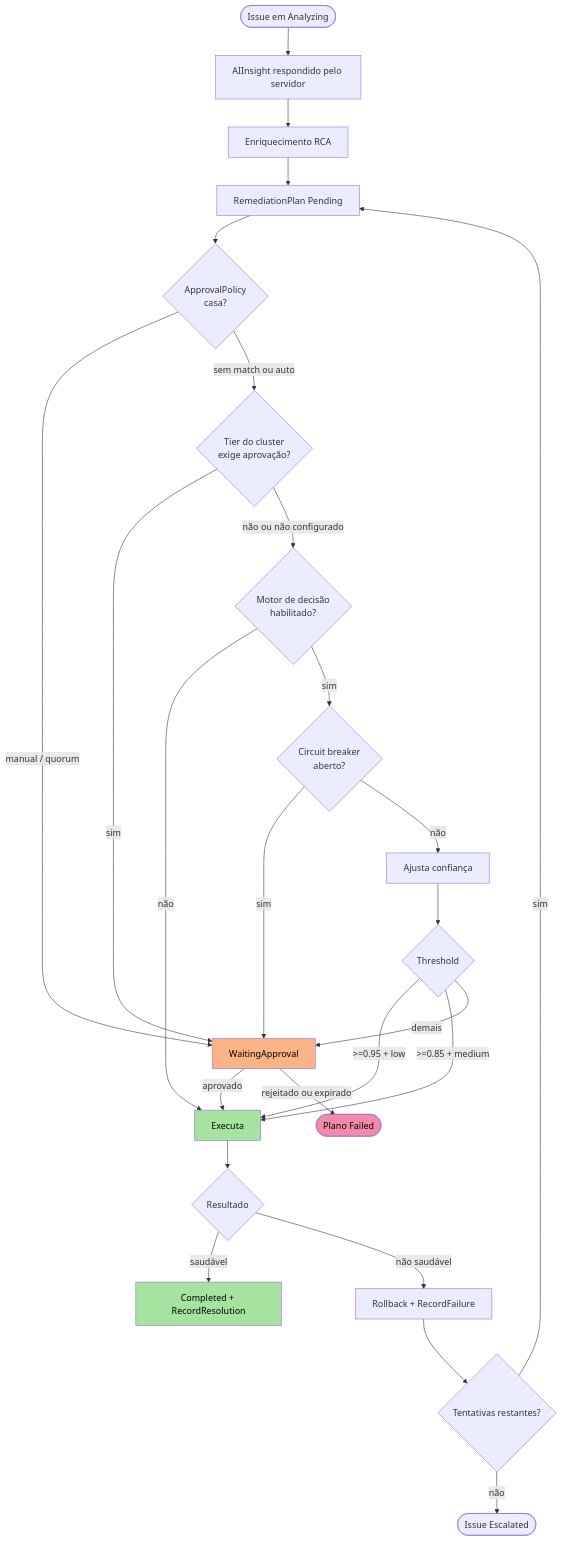
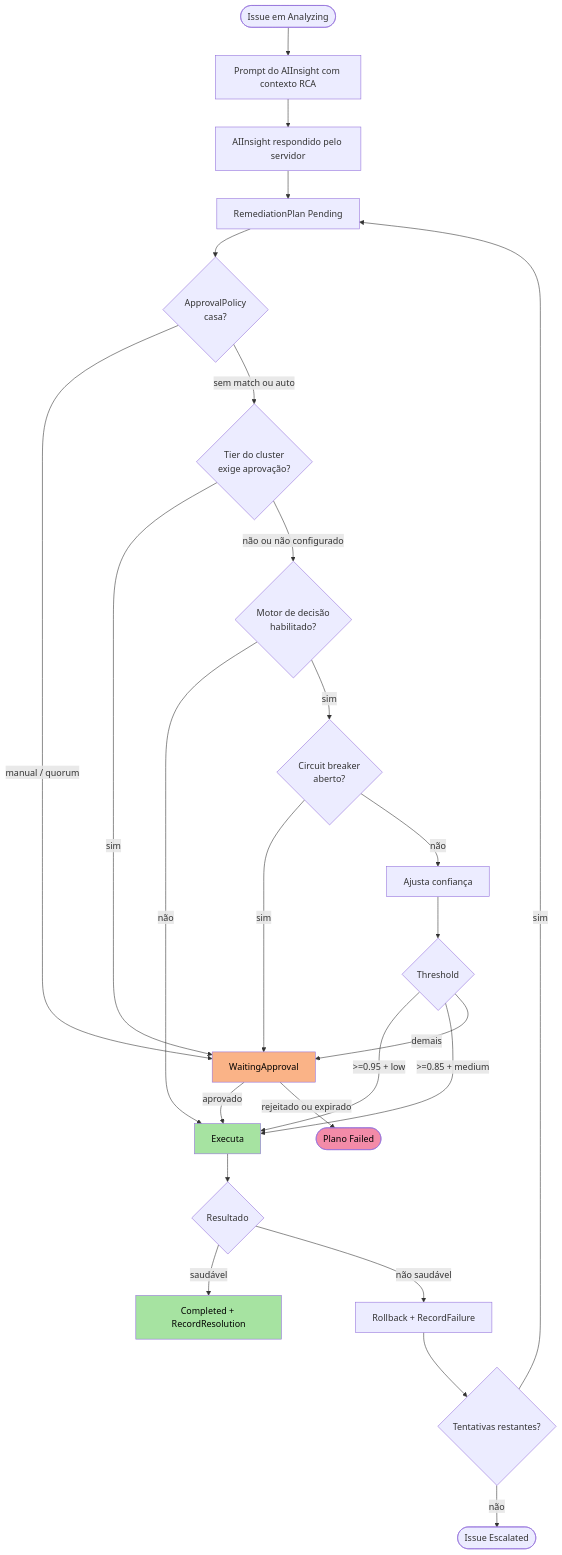
One commit to diillson/chatcli.ai changed the second of 2 diagrams in pt/features/aiops/decision-engine.mdx. Above: the diagram before and after it, drawn with Mermaid. The commit also changed other lines of this file and 126 other files, not shown here.

````diff
--- a/pt/features/aiops/decision-engine.mdx
+++ b/pt/features/aiops/decision-engine.mdx
@@ -617,31 +417,31 @@
 ```mermaid
 flowchart TD
-    START([Issue em Analyzing]) --> INSIGHT[AIInsight respondido pelo servidor]
-    INSIGHT --> RCA[Enriquecimento RCA]
-    RCA --> PLAN[RemediationPlan Pending]
+    START([Issue em Analyzing]) --> RCA[Prompt do AIInsight com contexto RCA]
+    RCA --> INSIGHT[AIInsight respondido pelo servidor]
+    INSIGHT --> PLAN[RemediationPlan Pending]
     PLAN --> POLICY{ApprovalPolicy<br/>casa?}
     POLICY -->|manual / quorum| PARK[WaitingApproval]
     POLICY -->|sem match ou auto| TIER{Tier do cluster<br/>exige aprovação?}
     TIER -->|sim| PARK
     TIER -->|não ou não configurado| ENGINE{Motor de decisão<br/>habilitado?}
     ENGINE -->|não| EXEC[Executa]
     ENGINE -->|sim| CB{Circuit breaker<br/>aberto?}
     CB -->|sim| PARK
     CB -->|não| CALC[Ajusta confiança]
     CALC --> THRESHOLD{Threshold}
     THRESHOLD -->|>=0.95 + low| EXEC
     THRESHOLD -->|>=0.85 + medium| EXEC
     THRESHOLD -->|demais| PARK
     PARK -->|aprovado| EXEC
     PARK -->|rejeitado ou expirado| FAIL([Plano Failed])
     EXEC --> RESULT{Resultado}
     RESULT -->|saudável| OK[Completed + RecordResolution]
     RESULT -->|não saudável| RB[Rollback + RecordFailure]
     RB --> RETRY{Tentativas restantes?}
     RETRY -->|sim| PLAN
     RETRY -->|não| ESC([Issue Escalated])
     style EXEC fill:#a6e3a1,color:#000
     style PARK fill:#fab387,color:#000
     style FAIL fill:#f38ba8,color:#000
     style OK fill:#a6e3a1,color:#000
 ```
````
